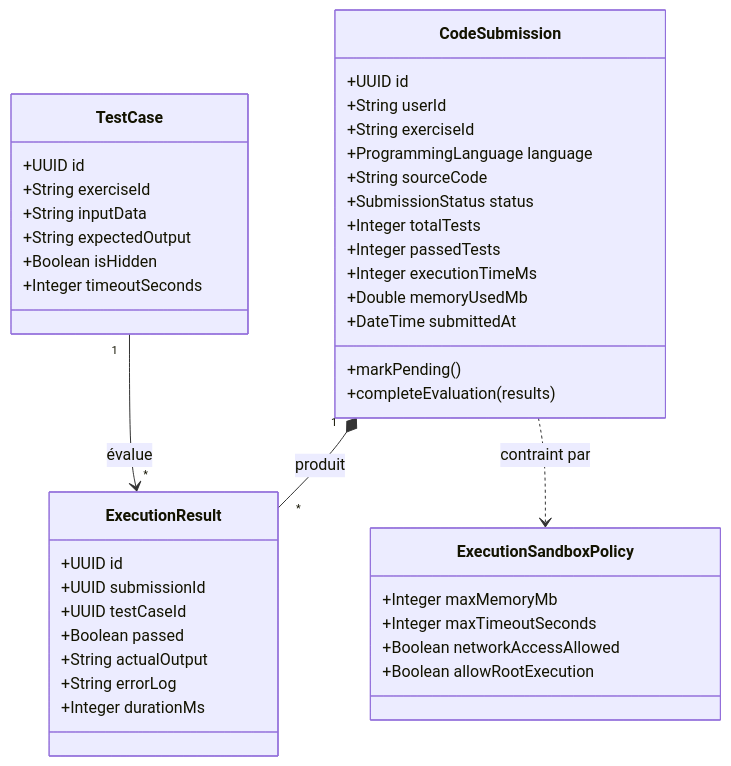
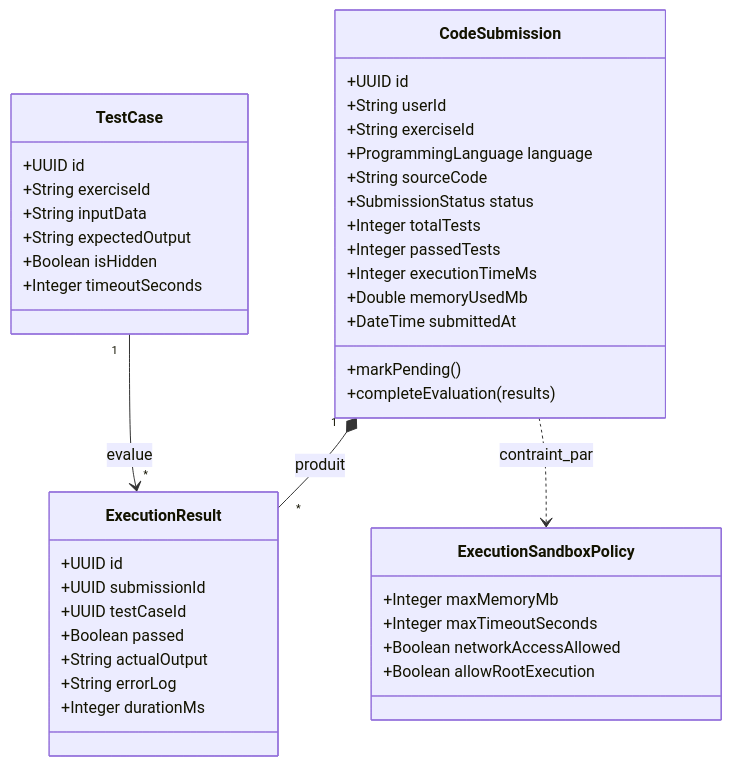
One commit to Architecture-web/projet changed the diagram in Documentation/Diagrams/class_code_execution_service.mmd. Above: the diagram before and after it, drawn with Mermaid. The commit also changed 7 other files, not shown here.

Commit message:
fix(diagrams): normalisation des labels de relations dans tous les diagrammes de classes Mermaid

```diff
--- a/Documentation/Diagrams/class_code_execution_service.mmd
+++ b/Documentation/Diagrams/class_code_execution_service.mmd
@@ -1,46 +1,46 @@
 classDiagram
     class CodeSubmission {
         +UUID id
         +String userId
         +String exerciseId
         +ProgrammingLanguage language
         +String sourceCode
         +SubmissionStatus status
         +Integer totalTests
         +Integer passedTests
         +Integer executionTimeMs
         +Double memoryUsedMb
         +DateTime submittedAt
         +markPending()
         +completeEvaluation(results)
     }
 
     class TestCase {
         +UUID id
         +String exerciseId
         +String inputData
         +String expectedOutput
         +Boolean isHidden
         +Integer timeoutSeconds
     }
 
     class ExecutionResult {
         +UUID id
         +UUID submissionId
         +UUID testCaseId
         +Boolean passed
         +String actualOutput
         +String errorLog
         +Integer durationMs
     }
 
     class ExecutionSandboxPolicy {
         +Integer maxMemoryMb
         +Integer maxTimeoutSeconds
         +Boolean networkAccessAllowed
         +Boolean allowRootExecution
     }
 
     CodeSubmission "1" *-- "*" ExecutionResult : produit
-    TestCase "1" --> "*" ExecutionResult : évalue
-    CodeSubmission ..> ExecutionSandboxPolicy : contraint par
+    TestCase "1" --> "*" ExecutionResult : evalue
+    CodeSubmission ..> ExecutionSandboxPolicy : contraint_par
```
